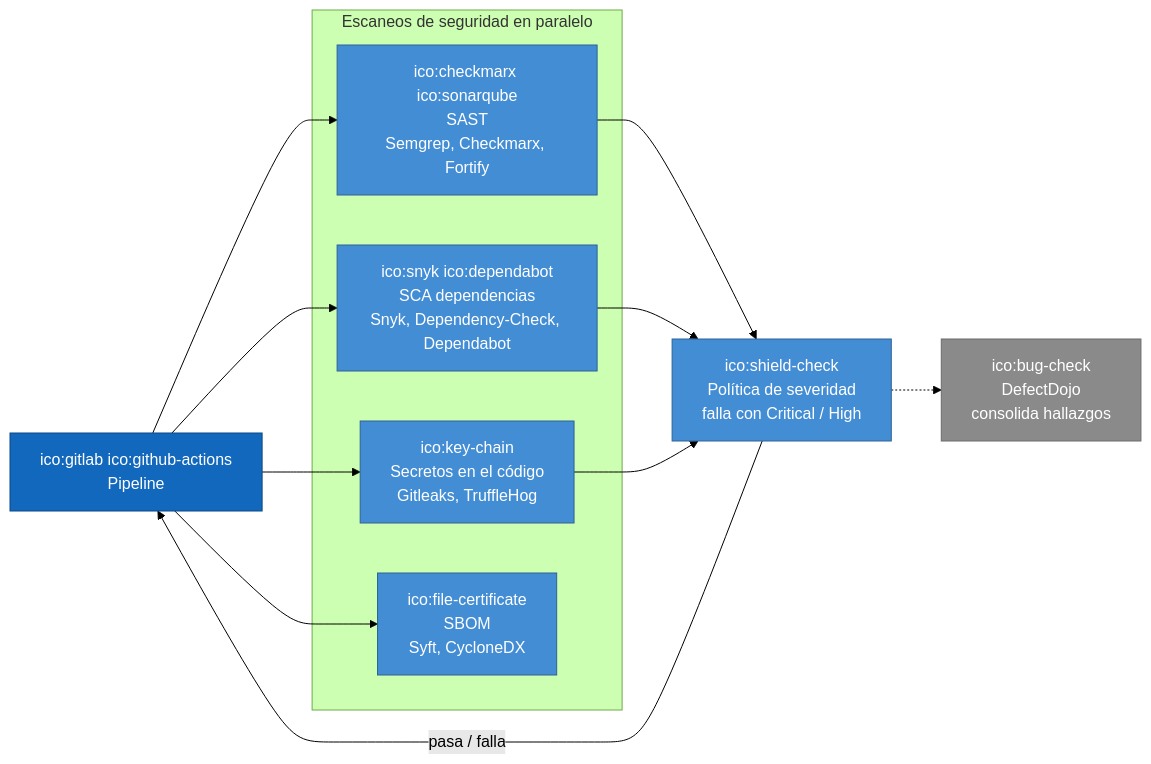
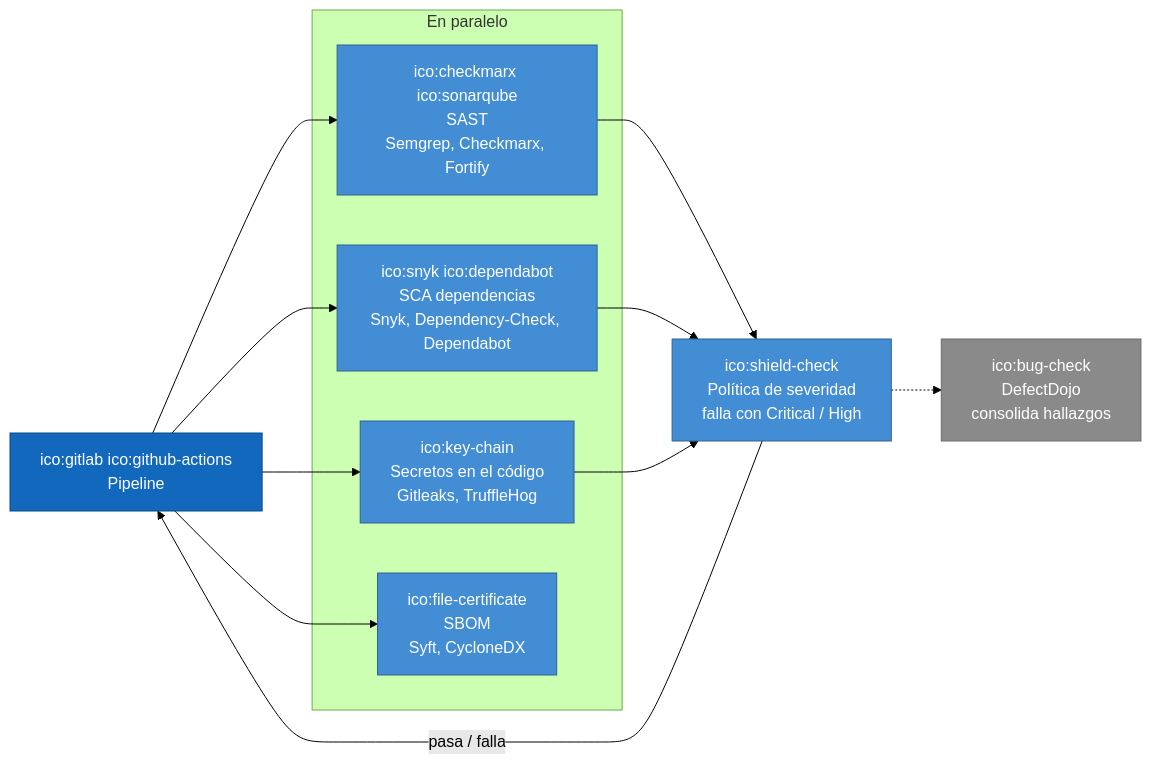
One commit to locosebas/necesidadesYGrafos changed the ninth of 19 diagrams in pruebas-tecnicas/hits-claro/diagramas-c4.md. Above: the diagram before and after it, drawn with Mermaid (forest theme). The commit also changed other lines of this file and 3 other files, not shown here.

````diff
--- a/pruebas-tecnicas/hits-claro/diagramas-c4.md
+++ b/pruebas-tecnicas/hits-claro/diagramas-c4.md
@@ -184,20 +247,20 @@
 ```mermaid
 flowchart LR
   ci["ico:gitlab ico:github-actions<br/>Pipeline"]:::system
-  subgraph sc["Escaneos de seguridad en paralelo"]
+  subgraph sc["En paralelo"]
     sast["ico:checkmarx ico:sonarqube<br/>SAST<br/>Semgrep, Checkmarx, Fortify"]:::container
     sca["ico:snyk ico:dependabot<br/>SCA dependencias<br/>Snyk, Dependency-Check, Dependabot"]:::container
     sec["ico:key-chain<br/>Secretos en el código<br/>Gitleaks, TruffleHog"]:::container
     sbom["ico:file-certificate<br/>SBOM<br/>Syft, CycloneDX"]:::container
   end
   pol["ico:shield-check<br/>Política de severidad<br/>falla con Critical / High"]:::container
   dd["ico:bug-check<br/>DefectDojo<br/>consolida hallazgos"]:::ext
   ci --> sast & sca & sec & sbom
   sast & sca & sec --> pol
   pol -->|"pasa / falla"| ci
   pol -.-> dd
   classDef person fill:#08427b,stroke:#052e56,color:#fff
   classDef system fill:#1168bd,stroke:#0b4884,color:#fff
   classDef container fill:#438dd5,stroke:#2e6295,color:#fff
   classDef ext fill:#8a8a8a,stroke:#6b6b6b,color:#fff
 ```
````
